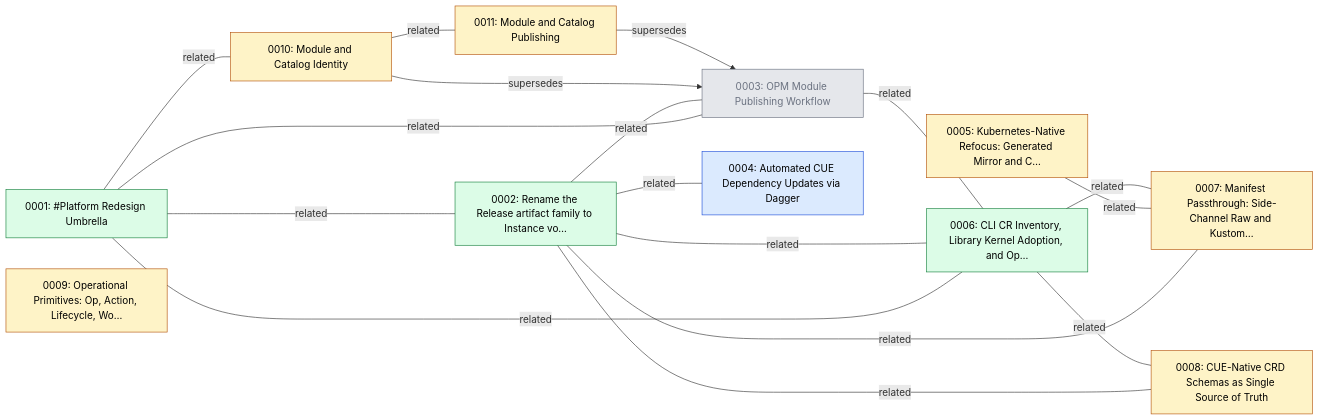
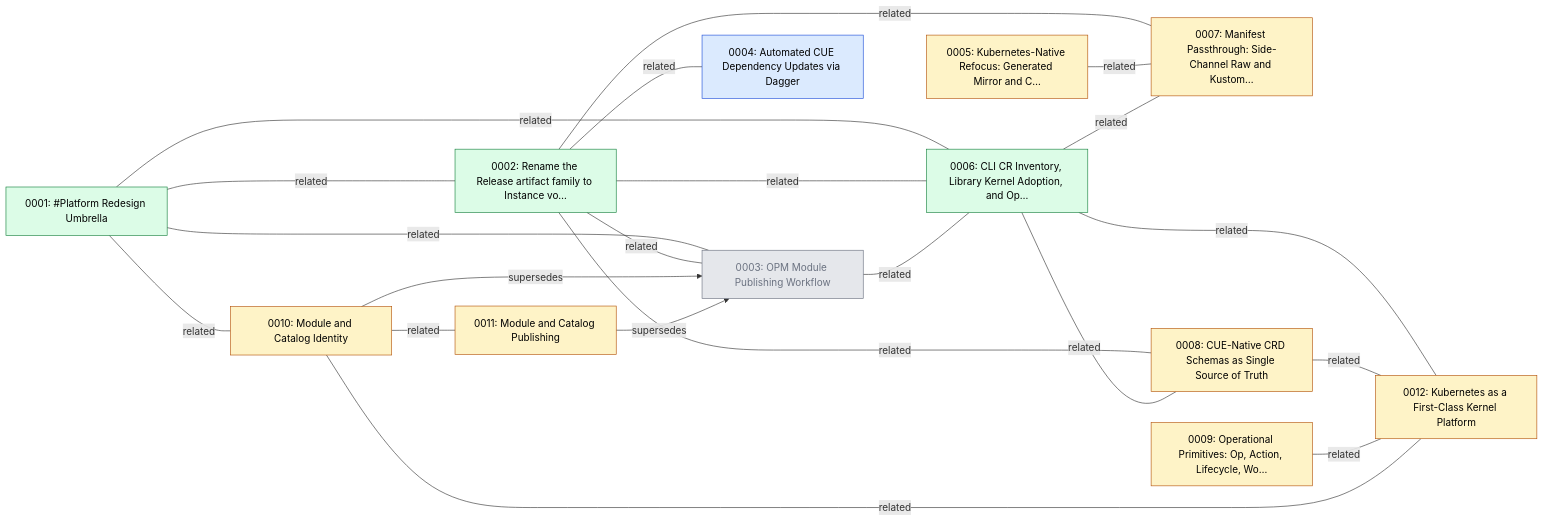
Before and after one commit to open-platform-model/enhancements: the first of 2 diagrams in GRAPH.md, drawn with Mermaid. The commit also changed 10 other files, not shown here.

Commit message:
docs(0012): add kubernetes as first-class kernel platform draft

````diff
--- a/GRAPH.md
+++ b/GRAPH.md
@@ -5,37 +5,42 @@
 ```mermaid
 graph LR
   classDef draft       fill:#fef3c7,stroke:#b45309,color:#000
   classDef accepted    fill:#dbeafe,stroke:#1d4ed8,color:#000
   classDef implemented fill:#dcfce7,stroke:#15803d,color:#000
   classDef superseded  fill:#e5e7eb,stroke:#6b7280,color:#6b7280
   classDef legacy      fill:#fafafa,stroke:#9ca3af,color:#6b7280,stroke-dasharray:3 3
 
   N0001["0001: #Platform Redesign Umbrella"]:::implemented
   N0002["0002: Rename the Release artifact family to Instance vo…"]:::implemented
   N0003["0003: OPM Module Publishing Workflow"]:::superseded
   N0004["0004: Automated CUE Dependency Updates via Dagger"]:::accepted
   N0005["0005: Kubernetes-Native Refocus: Generated Mirror and C…"]:::draft
   N0006["0006: CLI CR Inventory, Library Kernel Adoption, and Op…"]:::implemented
   N0007["0007: Manifest Passthrough: Side-Channel Raw and Kustom…"]:::draft
   N0008["0008: CUE-Native CRD Schemas as Single Source of Truth"]:::draft
   N0009["0009: Operational Primitives: Op, Action, Lifecycle, Wo…"]:::draft
   N0010["0010: Module and Catalog Identity"]:::draft
   N0011["0011: Module and Catalog Publishing"]:::draft
+  N0012["0012: Kubernetes as a First-Class Kernel Platform"]:::draft
 
   N0001 ---|related| N0002
   N0001 ---|related| N0003
   N0001 ---|related| N0006
   N0001 ---|related| N0010
   N0002 ---|related| N0003
   N0002 ---|related| N0004
   N0002 ---|related| N0006
   N0002 ---|related| N0007
   N0002 ---|related| N0008
   N0003 ---|related| N0006
   N0005 ---|related| N0007
   N0006 ---|related| N0007
   N0006 ---|related| N0008
+  N0006 ---|related| N0012
+  N0008 ---|related| N0012
+  N0009 ---|related| N0012
   N0010 ---|related| N0011
+  N0010 ---|related| N0012
   N0010 -->|supersedes| N0003
   N0011 -->|supersedes| N0003
 ```
````
